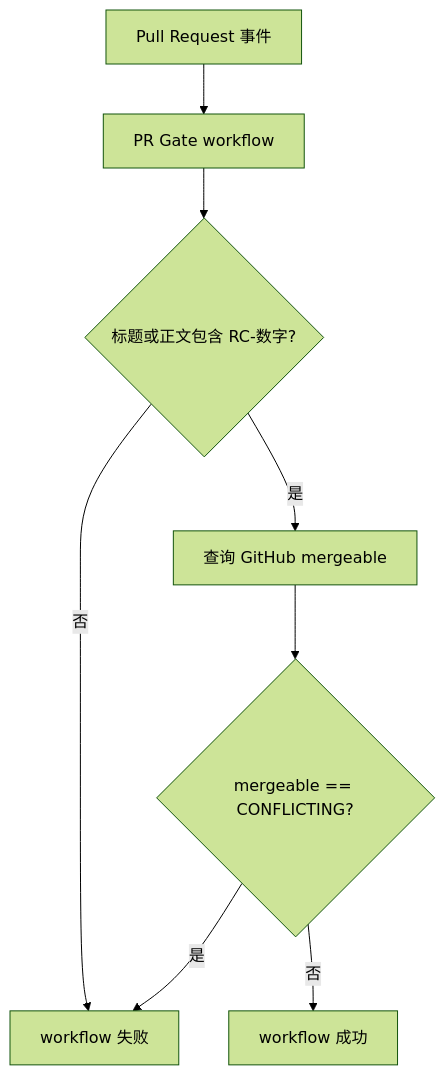
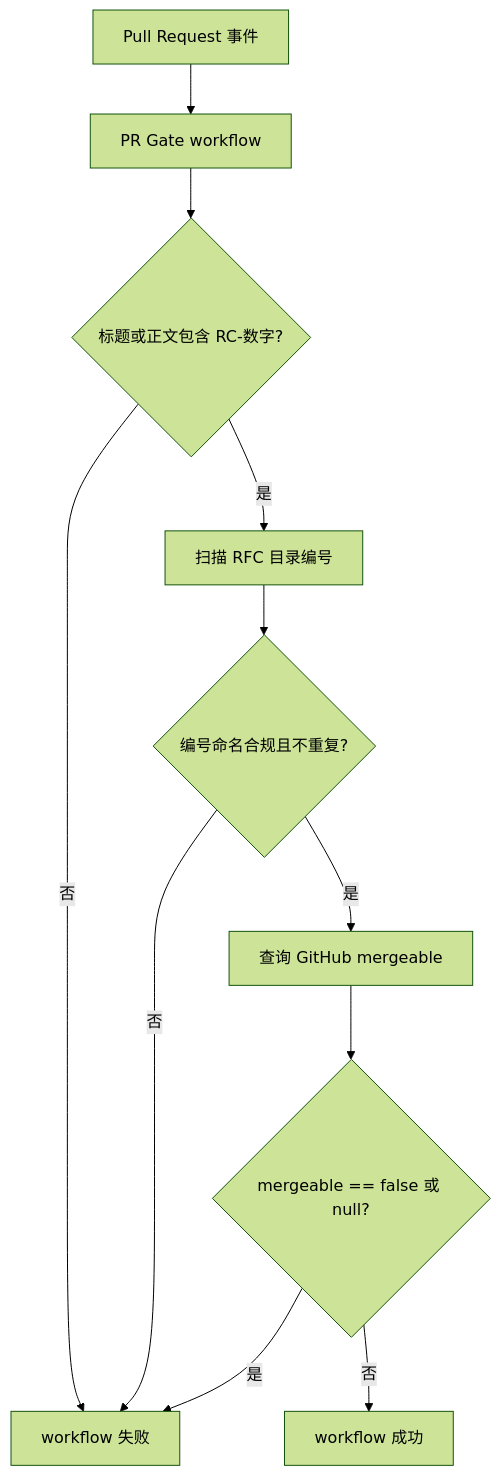
One commit to gerayking/0731-hackthon changed the first of 2 diagrams in docs/rfcs/0000-pr-rc-number-and-conflict-gate.md. Above: the diagram before and after it, drawn with Mermaid (forest theme). The commit also changed other lines of this file and 4 other files, not shown here.

````diff
--- a/docs/rfcs/0000-pr-rc-number-and-conflict-gate.md
+++ b/docs/rfcs/0000-pr-rc-number-and-conflict-gate.md
@@ -144,10 +160,13 @@
 ```mermaid
 flowchart TD
   A[Pull Request 事件] --> B[PR Gate workflow]
   B --> C{标题或正文包含 RC-数字?}
   C -- 否 --> F[workflow 失败]
-  C -- 是 --> D[查询 GitHub mergeable]
-  D --> E{mergeable == CONFLICTING?}
+  C -- 是 --> H[扫描 RFC 目录编号]
+  H --> I{编号命名合规且不重复?}
+  I -- 否 --> F
+  I -- 是 --> D[查询 GitHub mergeable]
+  D --> E{mergeable == false 或 null?}
   E -- 是 --> F
   E -- 否 --> G[workflow 成功]
 ```
````
